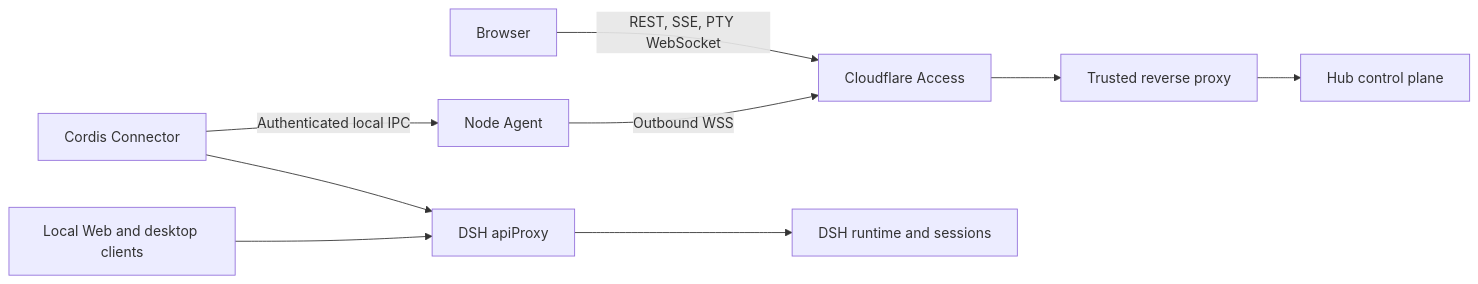
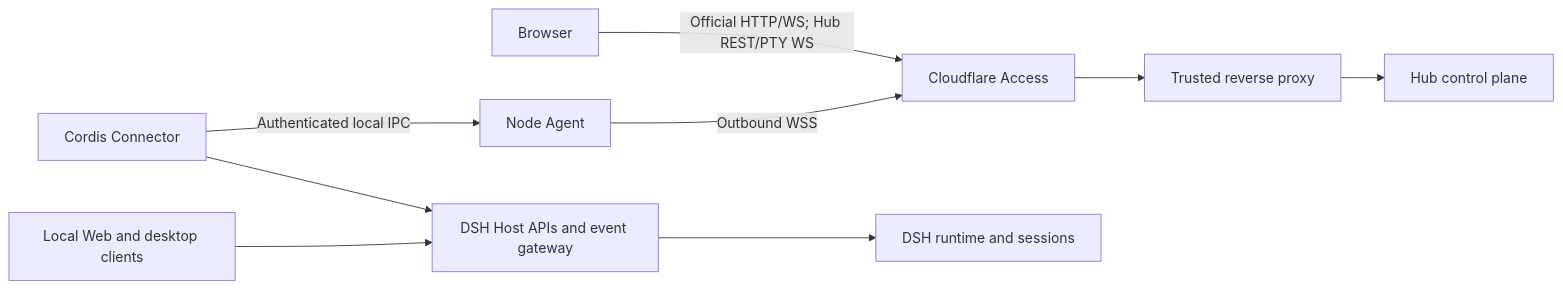
Before and after one commit to k1412/dsh-hub: the diagram in docs/hub/architecture.md, drawn with Mermaid. The commit also changed other lines of this file and 118 other files, not shown here.

First line of the commit message:
feat(hub): compose official Web fleet console (#6)

````diff
--- a/docs/hub/architecture.md
+++ b/docs/hub/architecture.md
@@ -9,11 +9,11 @@
 ```mermaid
 flowchart LR
-  Browser["Browser"] -->|"REST, SSE, PTY WebSocket"| Access["Cloudflare Access"]
+  Browser["Browser"] -->|"Official HTTP/WS; Hub REST/PTY WS"| Access["Cloudflare Access"]
   Access --> Proxy["Trusted reverse proxy"]
   Proxy --> Hub["Hub control plane"]
   Agent["Node Agent"] -->|"Outbound WSS"| Access
   Connector["Cordis Connector"] -->|"Authenticated local IPC"| Agent
-  Local["Local Web and desktop clients"] --> Api["DSH apiProxy"]
-  Connector --> Api
-  Api --> Runtime["DSH runtime and sessions"]
+  Local["Local Web and desktop clients"] --> Services["DSH Host APIs and event gateway"]
+  Connector --> Services
+  Services --> Runtime["DSH runtime and sessions"]
 ```
````
